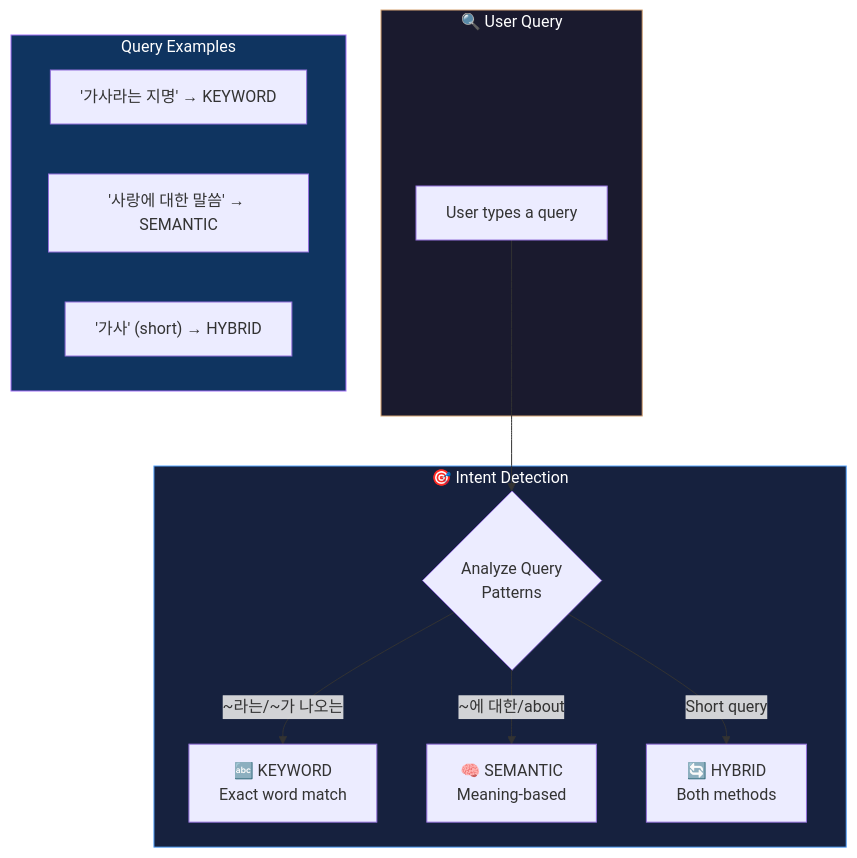
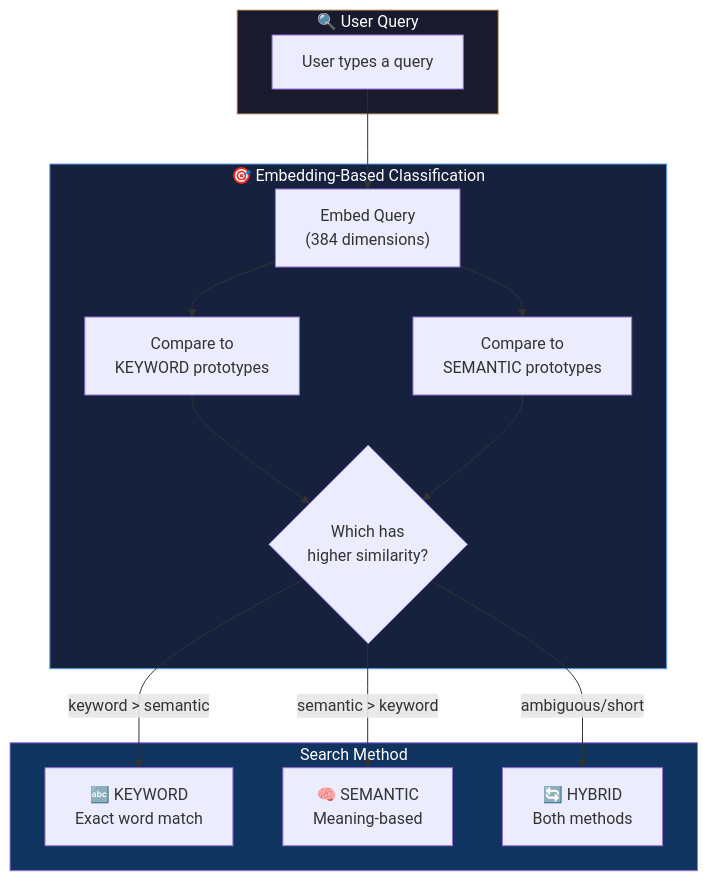
The first of 5 diagrams in README.md (nicechester/bible-search), drawn with Mermaid before and after one commit. The commit also changed other lines of this file and 4 other files, not shown here.

Commit message:
intent classifier by embedding model

````diff
--- a/README.md
+++ b/README.md
@@ -34,28 +34,32 @@
 ```mermaid
 flowchart TD
     subgraph Input["🔍 User Query"]
         Q["User types a query"]
     end
 
-    subgraph Detection["🎯 Intent Detection"]
-        D{"Analyze Query<br/>Patterns"}
-        K["🔤 KEYWORD<br/>Exact word match"]
-        S["🧠 SEMANTIC<br/>Meaning-based"]
-        H["🔄 HYBRID<br/>Both methods"]
+    subgraph Classification["🎯 Embedding-Based Classification"]
+        E["Embed Query<br/>(384 dimensions)"]
+        K["Compare to<br/>KEYWORD prototypes"]
+        S["Compare to<br/>SEMANTIC prototypes"]
+        D{"Which has<br/>higher similarity?"}
     end
 
-    subgraph Examples["Query Examples"]
-        E1["'가사라는 지명' → KEYWORD"]
-        E2["'사랑에 대한 말씀' → SEMANTIC"]
-        E3["'가사' (short) → HYBRID"]
+    subgraph Output["Search Method"]
+        KW["🔤 KEYWORD<br/>Exact word match"]
+        SM["🧠 SEMANTIC<br/>Meaning-based"]
+        HY["🔄 HYBRID<br/>Both methods"]
     end
 
-    Q --> D
-    D -->|"~라는/~가 나오는"| K
-    D -->|"~에 대한/about"| S
-    D -->|"Short query"| H
+    Q --> E
+    E --> K
+    E --> S
+    K --> D
+    S --> D
+    D -->|"keyword > semantic"| KW
+    D -->|"semantic > keyword"| SM
+    D -->|"ambiguous/short"| HY
 
     style Input fill:#1a1a2e,stroke:#d4a373,color:#fff
-    style Detection fill:#16213e,stroke:#58a6ff,color:#fff
-    style Examples fill:#0f3460,stroke:#a371f7,color:#fff
+    style Classification fill:#16213e,stroke:#58a6ff,color:#fff
+    style Output fill:#0f3460,stroke:#a371f7,color:#fff
 ```
````
